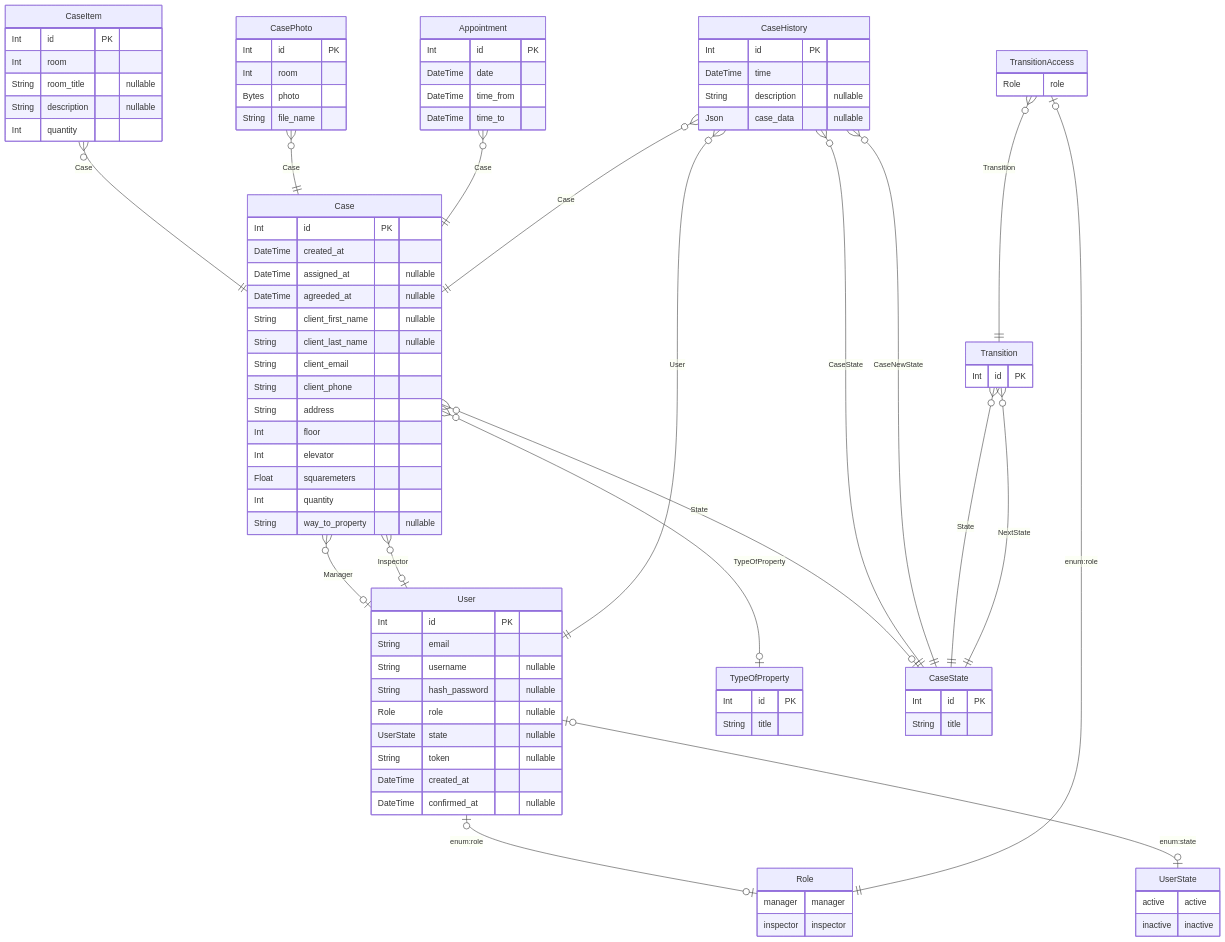
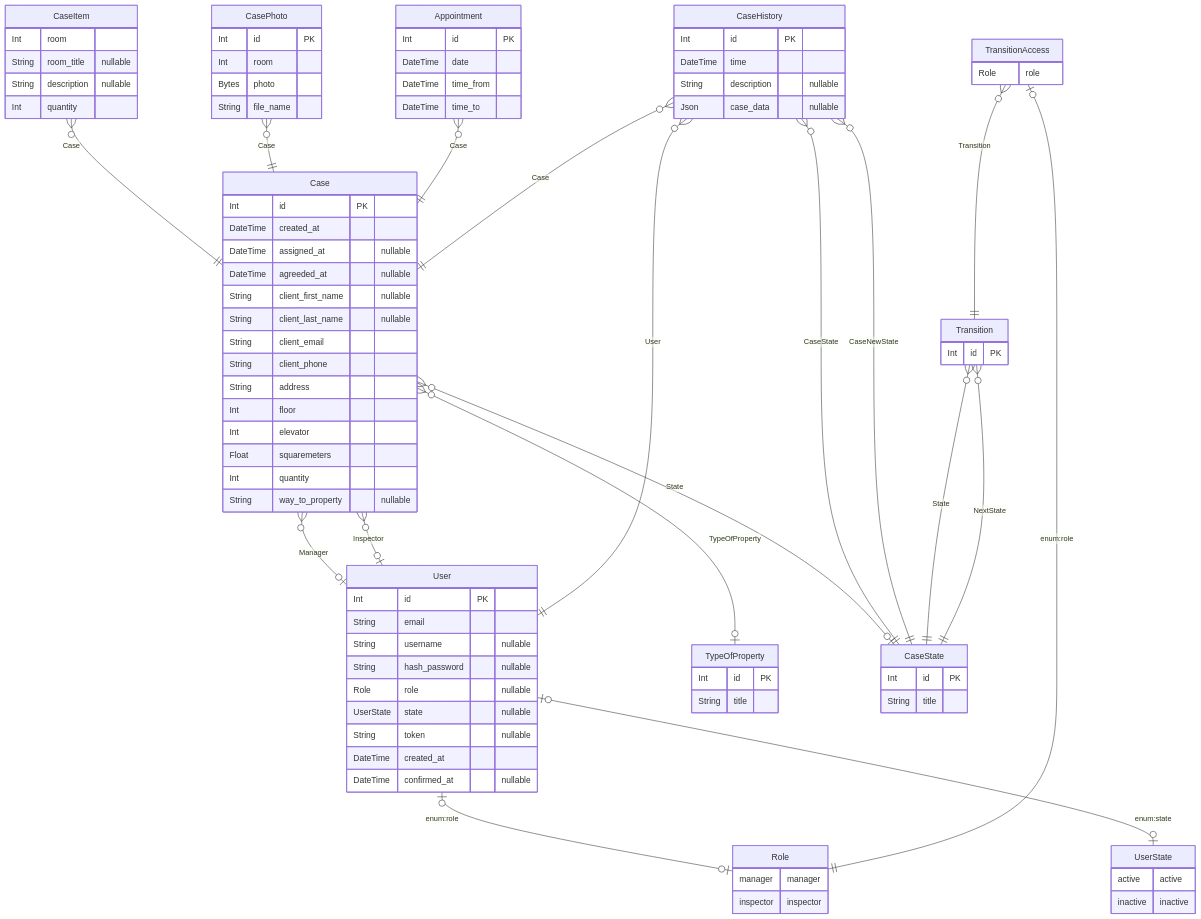
The diagram in prisma/ERD.md (arkadiyshin/remondis-backend), drawn with Mermaid before and after one commit. The commit also changed 3 other files, not shown here.

```diff
--- a/prisma/ERD.md
+++ b/prisma/ERD.md
@@ -57,7 +57,6 @@
   
 
   CaseItem {
-    Int id PK 
     Int room  
     String room_title  "nullable"
     String description  "nullable"
```
